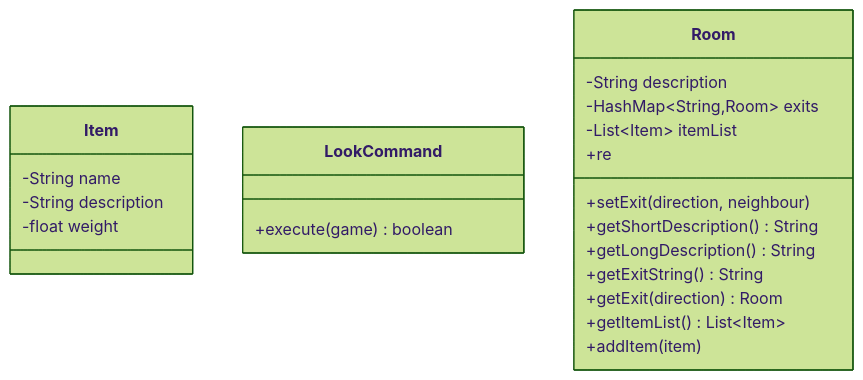
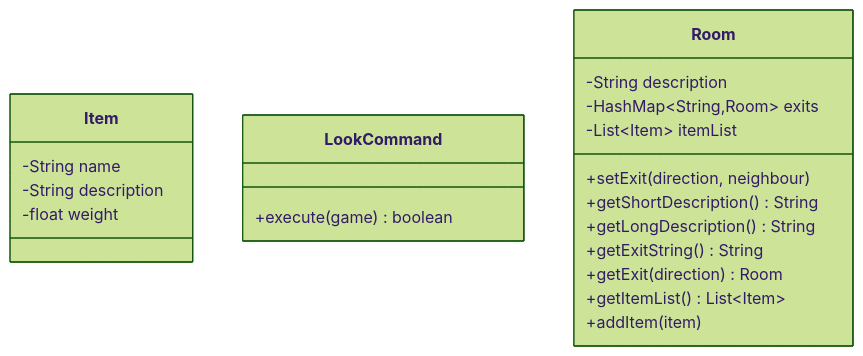
The third of 7 diagrams in REPORT.md (wutcst/sept1-wjycn2000), drawn with Mermaid (forest theme) before and after one commit.

Commit message:
修改REPORT

````diff
--- a/REPORT.md
+++ b/REPORT.md
@@ -156,24 +156,23 @@
 ```mermaid
 classDiagram
 class Item{
     -String name
     -String description
     -float weight
 }
 class LookCommand{
 	+execute(game) boolean
 }
 class Room{
 	-String description
 	-HashMap~String,Room~ exits
 	-List~Item~ itemList
 	+setExit(direction, neighbour)
 	+getShortDescription() String
 	+getLongDescription() String
 	+getExitString() String
 	+getExit(direction) Room
 	+getItemList() List~Item~
 	+addItem(item)
-	+re
 }
 ```
````
